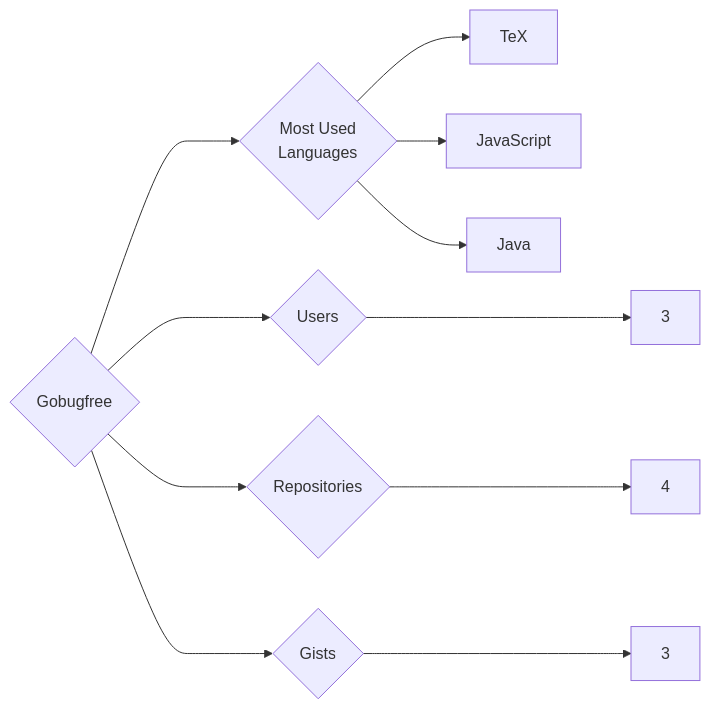
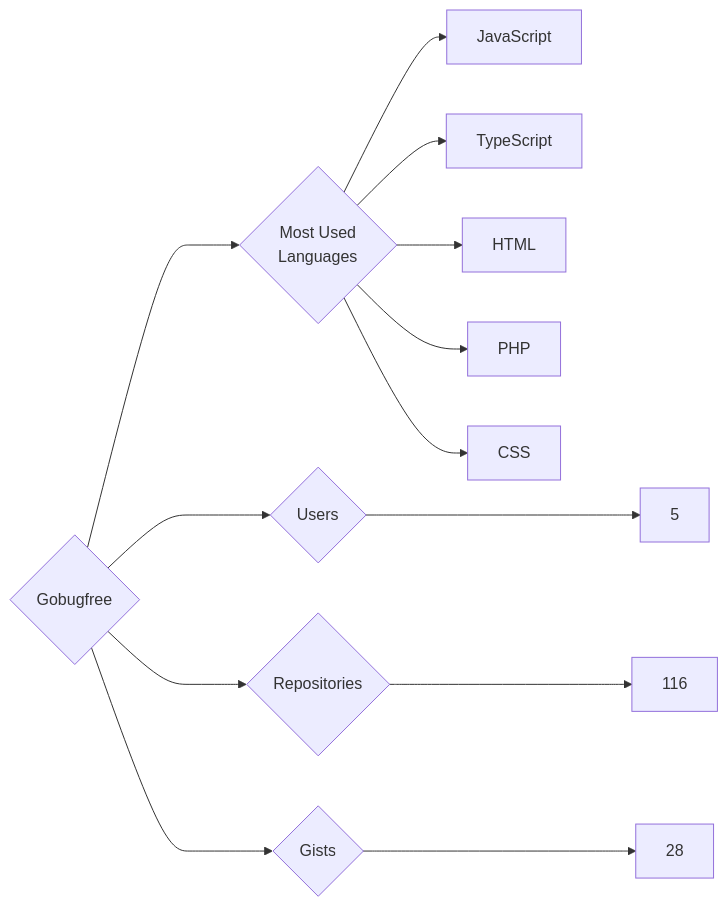
Before and after one commit to trickest/insiders: the diagram in targets/Gobugfree/README.md, drawn with Mermaid. The commit also changed 1314 other files, not shown here.

````diff
--- a/targets/Gobugfree/README.md
+++ b/targets/Gobugfree/README.md
@@ -3,11 +3,13 @@
 ```mermaid
 graph LR
 COMPANY_NAME{Gobugfree}
-COMPANY_NAME ---> U{Users} ---> UN[3]
-COMPANY_NAME ---> R{Repositories} ---> RN[4]
-COMPANY_NAME ---> G{Gists} ---> GN[3]
+COMPANY_NAME ---> U{Users} ---> UN[5]
+COMPANY_NAME ---> R{Repositories} ---> RN[116]
+COMPANY_NAME ---> G{Gists} ---> GN[28]
 COMPANY_NAME ---> ML{Most Used<br>Languages}
-ML --> TeX[TeX]
 ML --> JavaScript[JavaScript]
-ML --> Java[Java]
+ML --> TypeScript[TypeScript]
+ML --> HTML[HTML]
+ML --> PHP[PHP]
+ML --> CSS[CSS]
 ```
````
